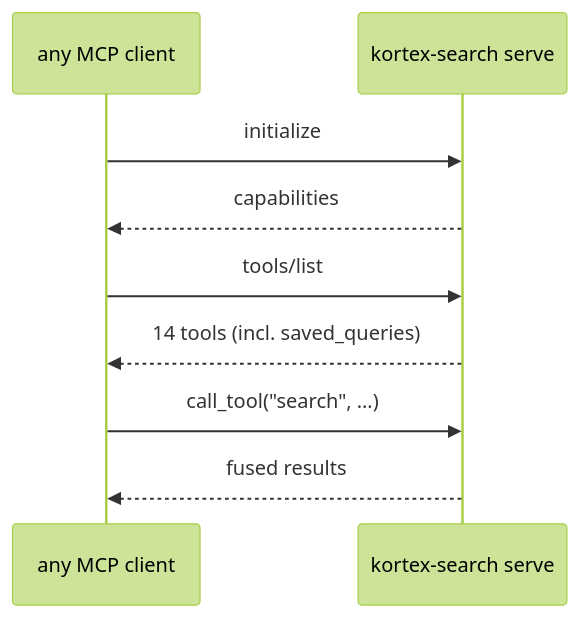
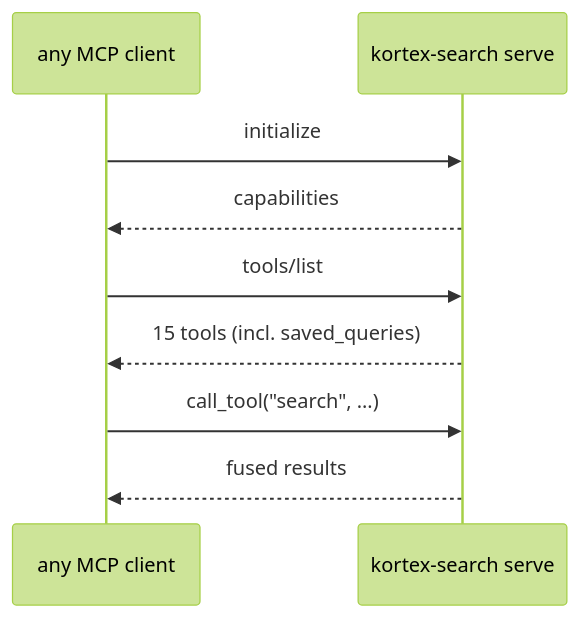
One commit to kbjama8/search-gateway changed the diagram in docs/mcp-registration.md. Above: the diagram before and after it, drawn with Mermaid (forest theme). The commit also changed other lines of this file and 26 other files, not shown here.

````diff
--- a/docs/mcp-registration.md
+++ b/docs/mcp-registration.md
@@ -9,11 +9,11 @@
 ```mermaid
 sequenceDiagram
     participant C as any MCP client
     participant S as kortex-search serve
     C->>S: initialize
     S-->>C: capabilities
     C->>S: tools/list
-    S-->>C: 14 tools (incl. saved_queries)
+    S-->>C: 15 tools (incl. saved_queries)
     C->>S: call_tool("search", …)
     S-->>C: fused results
 ```
````
